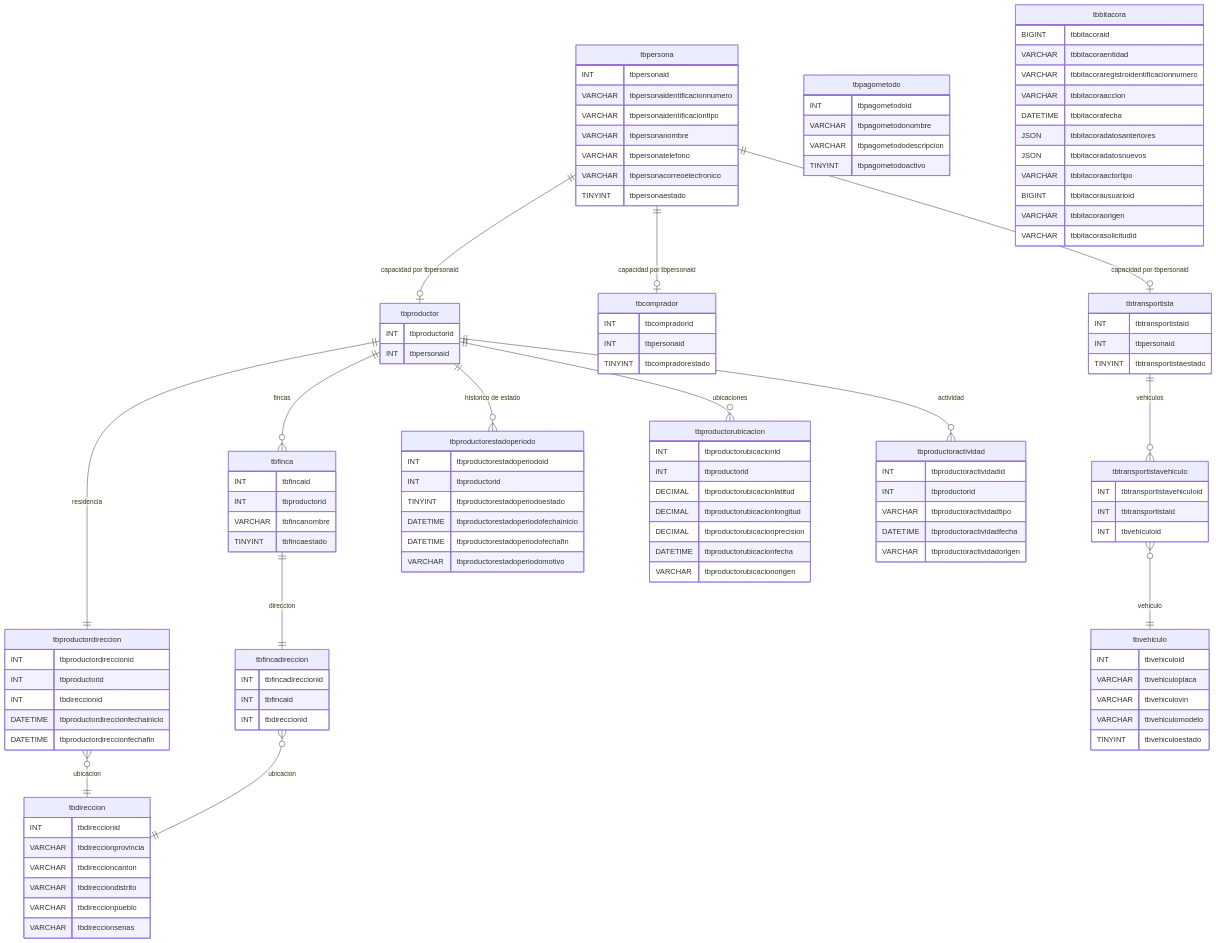
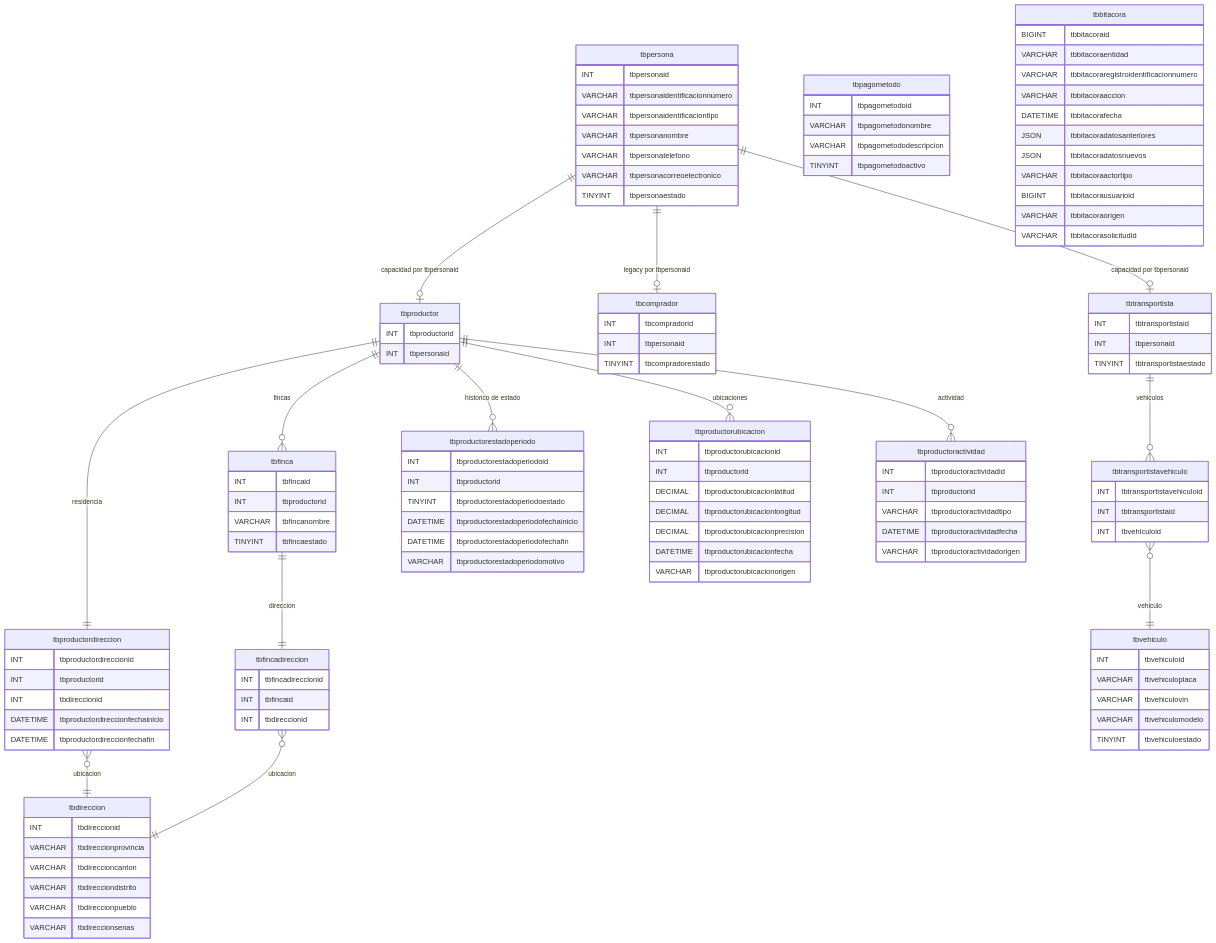
The diagram in Documentation/DER.md (DilanRC/Proyecto-Paradigmas), drawn with Mermaid before and after one commit. The commit also changed other lines of this file and 12 other files, not shown here.

````diff
--- a/Documentation/DER.md
+++ b/Documentation/DER.md
@@ -3,40 +3,40 @@
 ```mermaid
 erDiagram
     tbpersona {
         INT tbpersonaid
         VARCHAR tbpersonaidentificacionnumero
         VARCHAR tbpersonaidentificaciontipo
         VARCHAR tbpersonanombre
         VARCHAR tbpersonatelefono
         VARCHAR tbpersonacorreoelectronico
         TINYINT tbpersonaestado
     }
     tbproductor { INT tbproductorid INT tbpersonaid }
     tbcomprador { INT tbcompradorid INT tbpersonaid TINYINT tbcompradorestado }
     tbtransportista { INT tbtransportistaid INT tbpersonaid TINYINT tbtransportistaestado }
     tbproductordireccion { INT tbproductordireccionid INT tbproductorid INT tbdireccionid DATETIME tbproductordireccionfechainicio DATETIME tbproductordireccionfechafin }
     tbdireccion { INT tbdireccionid VARCHAR tbdireccionprovincia VARCHAR tbdireccioncanton VARCHAR tbdirecciondistrito VARCHAR tbdireccionpueblo VARCHAR tbdireccionsenas }
     tbfinca { INT tbfincaid INT tbproductorid VARCHAR tbfincanombre TINYINT tbfincaestado }
     tbfincadireccion { INT tbfincadireccionid INT tbfincaid INT tbdireccionid }
     tbpagometodo { INT tbpagometodoid VARCHAR tbpagometodonombre VARCHAR tbpagometododescripcion TINYINT tbpagometodoactivo }
     tbvehiculo { INT tbvehiculoid VARCHAR tbvehiculoplaca VARCHAR tbvehiculovin VARCHAR tbvehiculomodelo TINYINT tbvehiculoestado }
     tbtransportistavehiculo { INT tbtransportistavehiculoid INT tbtransportistaid INT tbvehiculoid }
     tbproductorestadoperiodo { INT tbproductorestadoperiodoid INT tbproductorid TINYINT tbproductorestadoperiodoestado DATETIME tbproductorestadoperiodofechainicio DATETIME tbproductorestadoperiodofechafin VARCHAR tbproductorestadoperiodomotivo }
     tbproductorubicacion { INT tbproductorubicacionid INT tbproductorid DECIMAL tbproductorubicacionlatitud DECIMAL tbproductorubicacionlongitud DECIMAL tbproductorubicacionprecision DATETIME tbproductorubicacionfecha VARCHAR tbproductorubicacionorigen }
     tbproductoractividad { INT tbproductoractividadid INT tbproductorid VARCHAR tbproductoractividadtipo DATETIME tbproductoractividadfecha VARCHAR tbproductoractividadorigen }
     tbbitacora { BIGINT tbbitacoraid VARCHAR tbbitacoraentidad VARCHAR tbbitacoraregistroidentificacionnumero VARCHAR tbbitacoraaccion DATETIME tbbitacorafecha JSON tbbitacoradatosanteriores JSON tbbitacoradatosnuevos VARCHAR tbbitacoraactortipo BIGINT tbbitacorausuarioid VARCHAR tbbitacoraorigen VARCHAR tbbitacorasolicitudid }
 
     tbpersona ||--o| tbproductor : "capacidad por tbpersonaid"
-    tbpersona ||--o| tbcomprador : "capacidad por tbpersonaid"
+    tbpersona ||--o| tbcomprador : "legacy por tbpersonaid"
     tbpersona ||--o| tbtransportista : "capacidad por tbpersonaid"
     tbproductor ||--|| tbproductordireccion : "residencia"
     tbproductordireccion }o--|| tbdireccion : "ubicacion"
     tbproductor ||--o{ tbfinca : "fincas"
     tbfinca ||--|| tbfincadireccion : "direccion"
     tbfincadireccion }o--|| tbdireccion : "ubicacion"
     tbtransportista ||--o{ tbtransportistavehiculo : "vehiculos"
     tbtransportistavehiculo }o--|| tbvehiculo : "vehiculo"
     tbproductor ||--o{ tbproductorestadoperiodo : "historico de estado"
     tbproductor ||--o{ tbproductorubicacion : "ubicaciones"
     tbproductor ||--o{ tbproductoractividad : "actividad"
 ```
````
